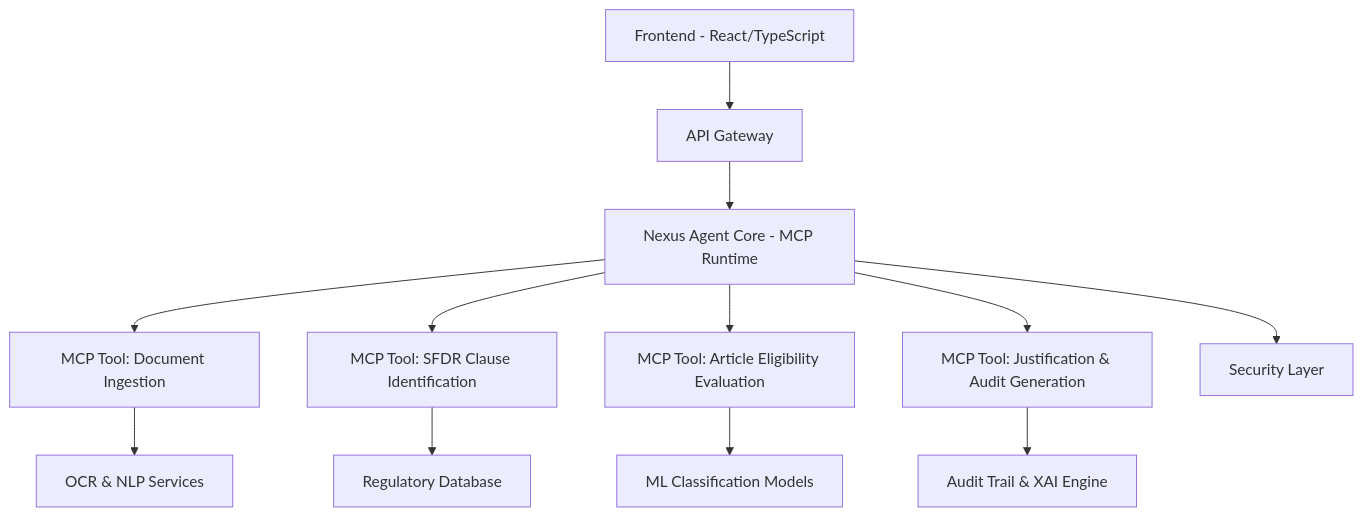
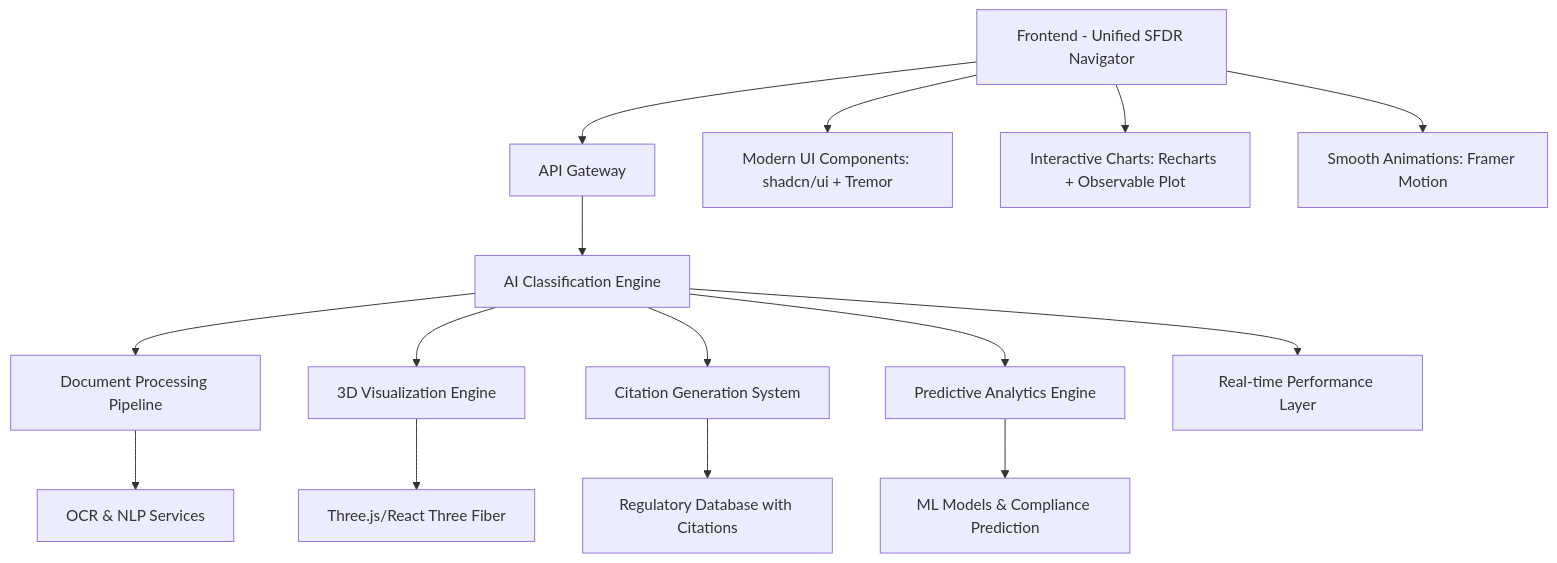
Before and after one commit to olushola-projects/synapse-spa: the diagram in docs/PRD.md, drawn with Mermaid. The commit also changed other lines of this file and 5 other files, not shown here.

````diff
--- a/docs/PRD.md
+++ b/docs/PRD.md
@@ -97,14 +99,17 @@
 ```mermaid
 graph TB
-    A[Frontend - React/TypeScript] --> B[API Gateway]
-    B --> C[Nexus Agent Core - MCP Runtime]
-    C --> D[MCP Tool: Document Ingestion]
-    C --> E[MCP Tool: SFDR Clause Identification]
-    C --> F[MCP Tool: Article Eligibility Evaluation]
-    C --> G[MCP Tool: Justification & Audit Generation]
+    A[Frontend - Unified SFDR Navigator] --> B[API Gateway]
+    B --> C[AI Classification Engine]
+    C --> D[Document Processing Pipeline]
+    C --> E[3D Visualization Engine]
+    C --> F[Citation Generation System]
+    C --> G[Predictive Analytics Engine]
     D --> H[OCR & NLP Services]
-    E --> I[Regulatory Database]
-    F --> J[ML Classification Models]
-    G --> K[Audit Trail & XAI Engine]
-    C --> L[Security Layer]
+    E --> I[Three.js/React Three Fiber]
+    F --> J[Regulatory Database with Citations]
+    G --> K[ML Models & Compliance Prediction]
+    C --> L[Real-time Performance Layer]
+    A --> M[Modern UI Components: shadcn/ui + Tremor]
+    A --> N[Interactive Charts: Recharts + Observable Plot]
+    A --> O[Smooth Animations: Framer Motion]
 ```
````
